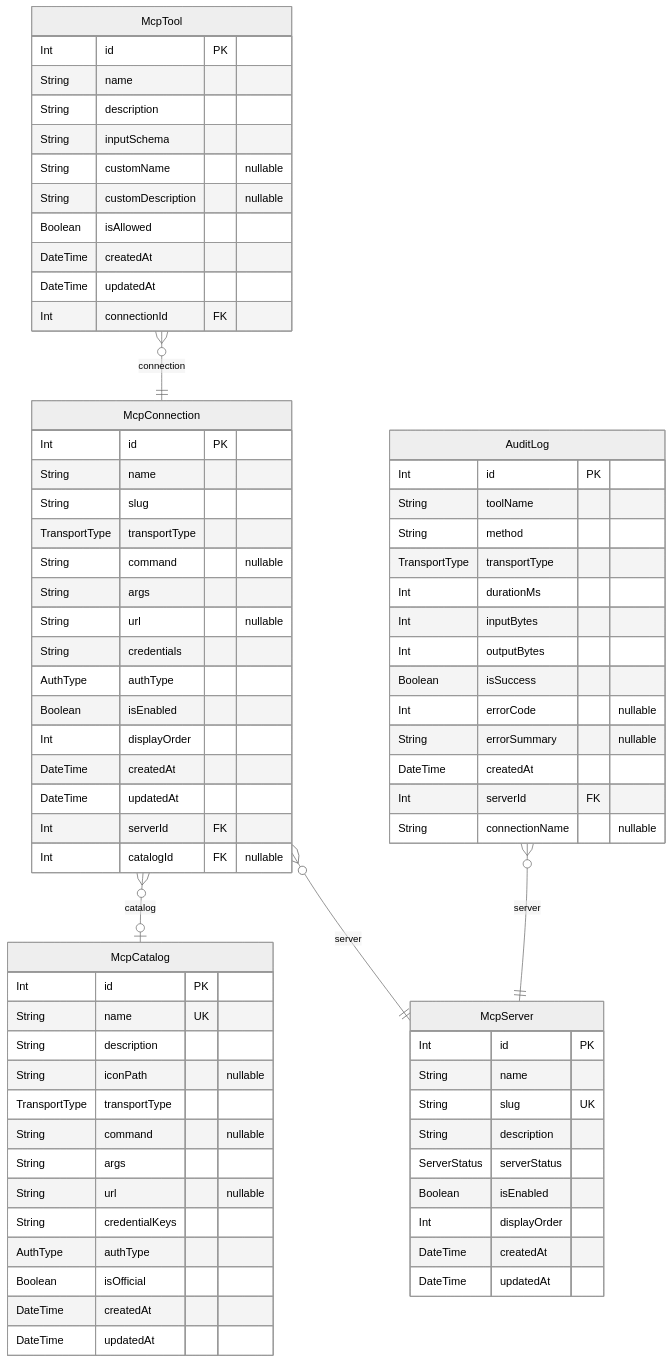
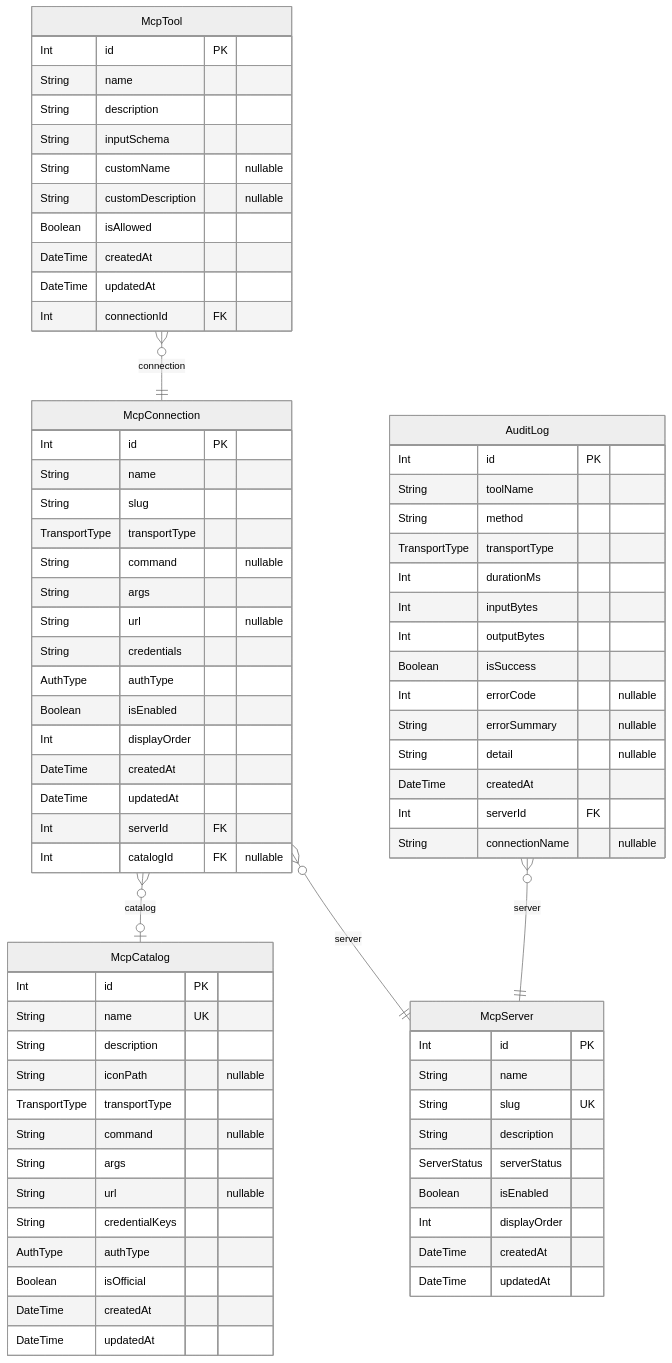
One commit to rayven122/tumiki changed the second of 3 diagrams in apps/desktop/prisma/README.md. Above: the diagram before and after it, drawn with Mermaid (neutral theme). The commit also changed other lines of this file and 4 other files, not shown here.

````diff
--- a/apps/desktop/prisma/README.md
+++ b/apps/desktop/prisma/README.md
@@ -36,77 +36,78 @@
 ```mermaid
 erDiagram
 "McpCatalog" {
   Int id PK
   String name UK
   String description
   String iconPath "nullable"
   TransportType transportType
   String command "nullable"
   String args
   String url "nullable"
   String credentialKeys
   AuthType authType
   Boolean isOfficial
   DateTime createdAt
   DateTime updatedAt
 }
 "McpConnection" {
   Int id PK
   String name
   String slug
   TransportType transportType
   String command "nullable"
   String args
   String url "nullable"
   String credentials
   AuthType authType
   Boolean isEnabled
   Int displayOrder
   DateTime createdAt
   DateTime updatedAt
   Int serverId FK
   Int catalogId FK "nullable"
 }
 "McpTool" {
   Int id PK
   String name
   String description
   String inputSchema
   String customName "nullable"
   String customDescription "nullable"
   Boolean isAllowed
   DateTime createdAt
   DateTime updatedAt
   Int connectionId FK
 }
 "McpServer" {
   Int id PK
   String name
   String slug UK
   String description
   ServerStatus serverStatus
   Boolean isEnabled
   Int displayOrder
   DateTime createdAt
   DateTime updatedAt
 }
 "AuditLog" {
   Int id PK
   String toolName
   String method
   TransportType transportType
   Int durationMs
   Int inputBytes
   Int outputBytes
   Boolean isSuccess
   Int errorCode "nullable"
   String errorSummary "nullable"
+  String detail "nullable"
   DateTime createdAt
   Int serverId FK
   String connectionName "nullable"
 }
 "McpConnection" }o--|| "McpServer" : server
 "McpConnection" }o--o| "McpCatalog" : catalog
 "McpTool" }o--|| "McpConnection" : connection
 "AuditLog" }o--|| "McpServer" : server
 ```
````
